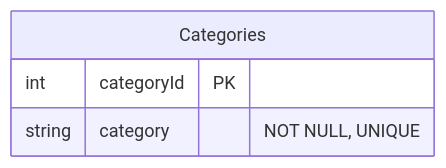
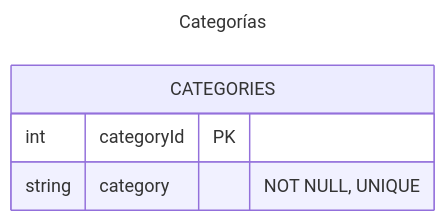
Before and after one commit to rosendocamal/homeworks: diagram 25 of 30 in 4to-Cuatrimestre/fundamentos-base-datos/proyecto/proyecto.md, drawn with Mermaid. The commit also changed other lines of this file and 1 other file, not shown here.

````diff
--- a/4to-Cuatrimestre/fundamentos-base-datos/proyecto/proyecto.md
+++ b/4to-Cuatrimestre/fundamentos-base-datos/proyecto/proyecto.md
@@ -468,7 +486,10 @@
 ```mermaid
+---
+title: Categorías
+---
 erDiagram
-	Categories {
+	CATEGORIES {
 		int categoryId PK
 		string category	"NOT NULL, UNIQUE"
 	}
 ```
````
